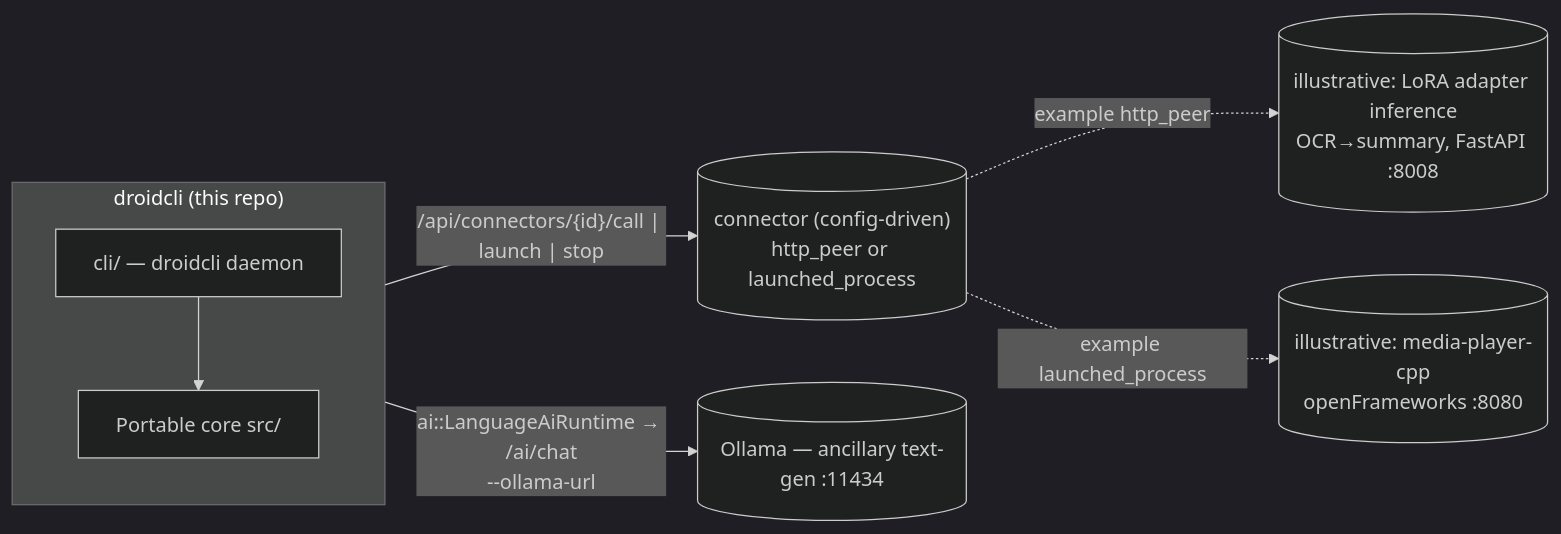
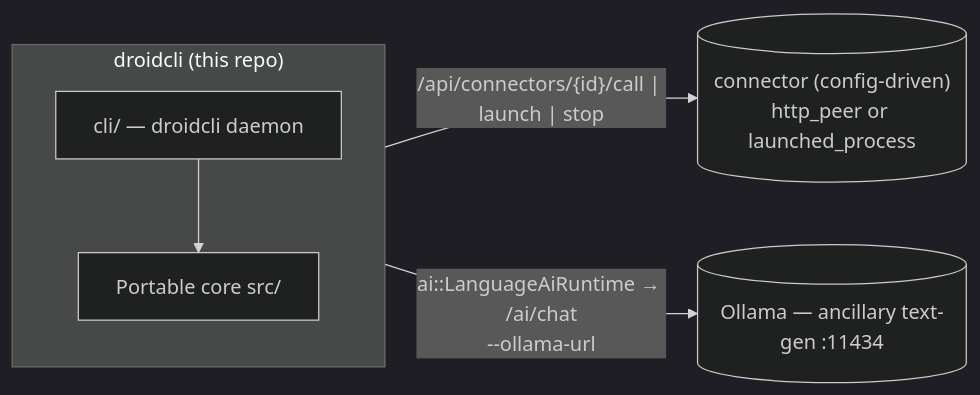
The first of 3 diagrams in ARCHITECTURE.md (vecnode/droidcli), drawn with Mermaid (dark theme) before and after one commit. The commit also changed other lines of this file and 21 other files, not shown here.

First line of the commit message:
Strip Google search, detach media-player/adapter submodules, simplify distribution (#24)

````diff
--- a/ARCHITECTURE.md
+++ b/ARCHITECTURE.md
@@ -23,18 +21,13 @@
 ```mermaid
 flowchart LR
     subgraph MA["droidcli (this repo)"]
         CORE[Portable core src/]
         HOST[cli/ — droidcli daemon]
         HOST --> CORE
     end
     CONN[("connector (config-driven)\nhttp_peer or launched_process")]
     OLLAMA[("Ollama — ancillary text-gen :11434")]
 
     MA -->|"/api/connectors/{id}/call | launch | stop"| CONN
     MA -->|ai::LanguageAiRuntime → /ai/chat\n--ollama-url| OLLAMA
-
-    ADAPTER[("illustrative: LoRA adapter inference\nOCR→summary, FastAPI :8008")]
-    MEDIA[("illustrative: media-player-cpp\nopenFrameworks :8080")]
-    CONN -.->|example http_peer| ADAPTER
-    CONN -.->|example launched_process| MEDIA
 ```
````
